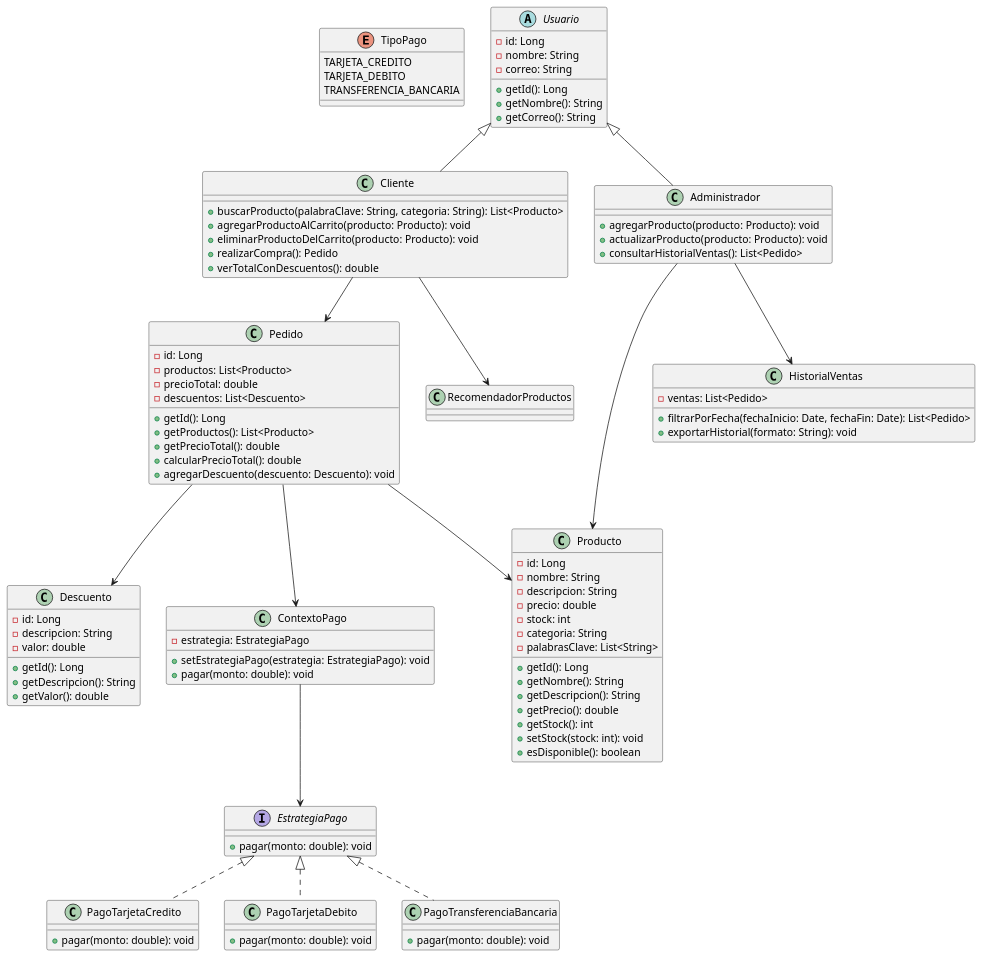
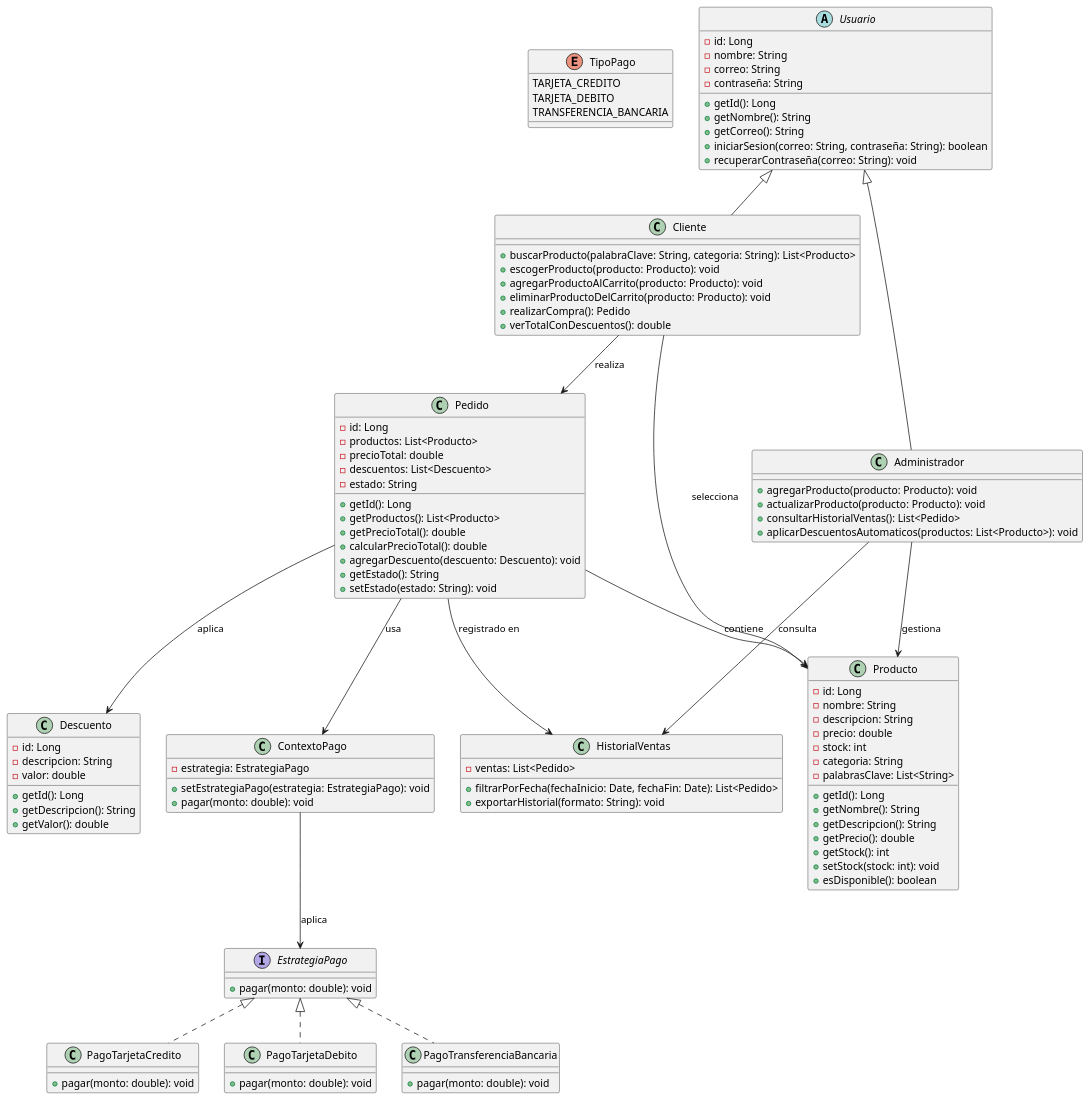
Before and after one commit to Leonardelli-FCEQYN/POO2-Integrador: the diagram in docs/Iteracion1/DiagramaClases_Actualizado.puml, drawn with PlantUML. The commit also changed 3 other files, not shown here.

Commit message:
Modificacion del diagrama de clases

```diff
--- a/docs/Iteracion1/DiagramaClases_Actualizado.puml
+++ b/docs/Iteracion1/DiagramaClases_Actualizado.puml
@@ -1,117 +1,126 @@
 @startuml iteracion1_VentaProductosLinea
 
 ' Enumeraciones
 enum TipoPago {
     TARJETA_CREDITO
     TARJETA_DEBITO
     TRANSFERENCIA_BANCARIA
 }
 
-' Interfaces para patrón Strategy
+' Interfaces para el patrón Strategy
 interface EstrategiaPago {
-    +pagar(monto: double): void
+    + pagar(monto: double): void
 }
 
 ' Clases abstractas
 abstract class Usuario {
-    -id: Long
-    -nombre: String
-    -correo: String
-    +getId(): Long
-    +getNombre(): String
-    +getCorreo(): String
+    - id: Long
+    - nombre: String
+    - correo: String
+    - contraseña: String
+    + getId(): Long
+    + getNombre(): String
+    + getCorreo(): String
+    + iniciarSesion(correo: String, contraseña: String): boolean
+    + recuperarContraseña(correo: String): void
 }
 
 ' Clases concretas de Usuario
 class Cliente extends Usuario {
-    +buscarProducto(palabraClave: String, categoria: String): List<Producto>
-    +agregarProductoAlCarrito(producto: Producto): void
-    +eliminarProductoDelCarrito(producto: Producto): void
-    +realizarCompra(): Pedido
-    +verTotalConDescuentos(): double
+    + buscarProducto(palabraClave: String, categoria: String): List<Producto>
+    + escogerProducto(producto: Producto): void
+    + agregarProductoAlCarrito(producto: Producto): void
+    + eliminarProductoDelCarrito(producto: Producto): void
+    + realizarCompra(): Pedido
+    + verTotalConDescuentos(): double
 }
 
 class Administrador extends Usuario {
-    +agregarProducto(producto: Producto): void
-    +actualizarProducto(producto: Producto): void
-    +consultarHistorialVentas(): List<Pedido>
+    + agregarProducto(producto: Producto): void
+    + actualizarProducto(producto: Producto): void
+    + consultarHistorialVentas(): List<Pedido>
+    + aplicarDescuentosAutomaticos(productos: List<Producto>): void
 }
 
-' Clase Producto (Parte del patrón Composite)
+' Clase Producto
 class Producto {
-    -id: Long
-    -nombre: String
-    -descripcion: String
-    -precio: double
-    -stock: int
-    -categoria: String
-    -palabrasClave: List<String>
-    +getId(): Long
-    +getNombre(): String
-    +getDescripcion(): String
-    +getPrecio(): double
-    +getStock(): int
-    +setStock(stock: int): void
-    +esDisponible(): boolean
+    - id: Long
+    - nombre: String
+    - descripcion: String
+    - precio: double
+    - stock: int
+    - categoria: String
+    - palabrasClave: List<String>
+    + getId(): Long
+    + getNombre(): String
+    + getDescripcion(): String
+    + getPrecio(): double
+    + getStock(): int
+    + setStock(stock: int): void
+    + esDisponible(): boolean
 }
 
-' Clase Pedido (Parte del patrón Composite)
+' Clase Pedido
 class Pedido {
-    -id: Long
-    -productos: List<Producto>
-    -precioTotal: double
-    -descuentos: List<Descuento>
-    +getId(): Long
-    +getProductos(): List<Producto>
-    +getPrecioTotal(): double
-    +calcularPrecioTotal(): double
-    +agregarDescuento(descuento: Descuento): void
+    - id: Long
+    - productos: List<Producto>
+    - precioTotal: double
+    - descuentos: List<Descuento>
+    - estado: String
+    + getId(): Long
+    + getProductos(): List<Producto>
+    + getPrecioTotal(): double
+    + calcularPrecioTotal(): double
+    + agregarDescuento(descuento: Descuento): void
+    + getEstado(): String
+    + setEstado(estado: String): void
 }
 
 ' Clase Descuento
 class Descuento {
-    -id: Long
-    -descripcion: String
-    -valor: double
-    +getId(): Long
-    +getDescripcion(): String
-    +getValor(): double
+    - id: Long
+    - descripcion: String
+    - valor: double
+    + getId(): Long
+    + getDescripcion(): String
+    + getValor(): double
 }
 
-' Clase HistorialVentas (Singleton/Repository)
+' Clase HistorialVentas
 class HistorialVentas {
-    -ventas: List<Pedido>
-    +filtrarPorFecha(fechaInicio: Date, fechaFin: Date): List<Pedido>
-    +exportarHistorial(formato: String): void
+    - ventas: List<Pedido>
+    + filtrarPorFecha(fechaInicio: Date, fechaFin: Date): List<Pedido>
+    + exportarHistorial(formato: String): void
 }
 
-' Contexto y estrategias de pago (Patrón Strategy)
+' Clases para el contexto y estrategias de pago
 class ContextoPago {
-    -estrategia: EstrategiaPago
-    +setEstrategiaPago(estrategia: EstrategiaPago): void
-    +pagar(monto: double): void
+    - estrategia: EstrategiaPago
+    + setEstrategiaPago(estrategia: EstrategiaPago): void
+    + pagar(monto: double): void
 }
 
 class PagoTarjetaCredito implements EstrategiaPago {
-    +pagar(monto: double): void
+    + pagar(monto: double): void
 }
 
 class PagoTarjetaDebito implements EstrategiaPago {
-    +pagar(monto: double): void
+    + pagar(monto: double): void
 }
 
 class PagoTransferenciaBancaria implements EstrategiaPago {
-    +pagar(monto: double): void
+    + pagar(monto: double): void
 }
 
 ' Relaciones de clases
-Cliente --> Pedido
-Administrador --> Producto
-Pedido --> Producto
-Pedido --> Descuento
-Administrador --> HistorialVentas
-Cliente --> RecomendadorProductos
-Pedido --> ContextoPago
-ContextoPago --> EstrategiaPago
+Cliente --> Producto : "selecciona"
+Cliente --> Pedido : "realiza"
+Pedido --> Producto : "contiene"
+Pedido --> HistorialVentas : "registrado en"
+Administrador --> Producto : "gestiona"
+Pedido --> Descuento : "aplica"
+Administrador --> HistorialVentas : "consulta"
+Pedido --> ContextoPago : "usa"
+ContextoPago --> EstrategiaPago : "aplica"
 
 @enduml
```
